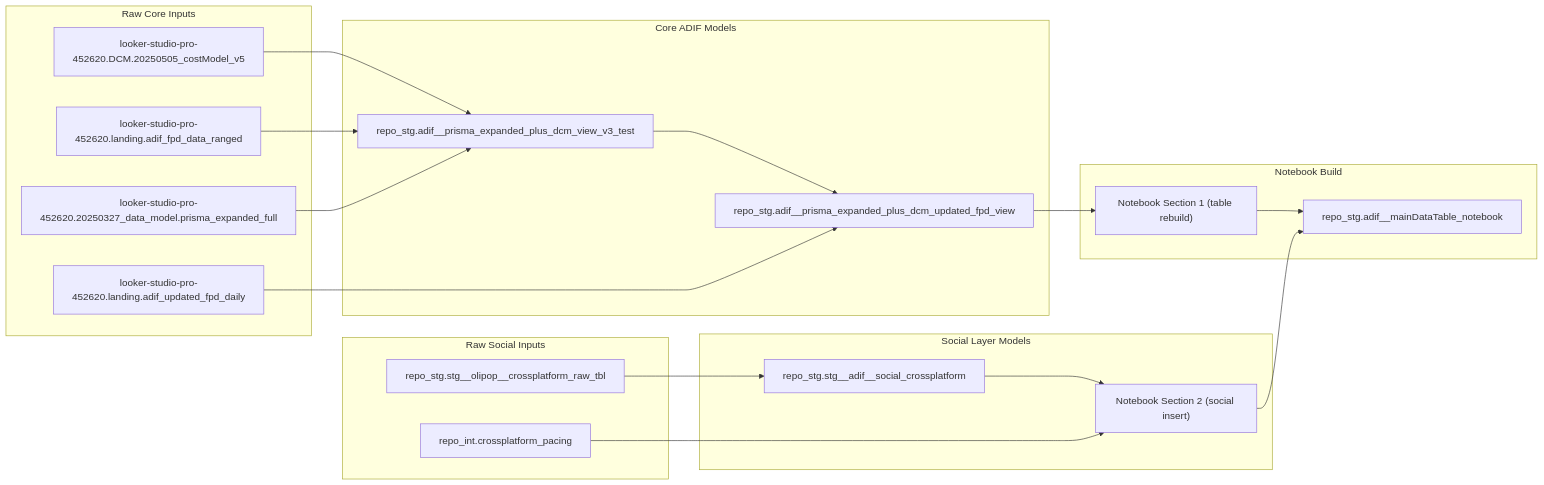
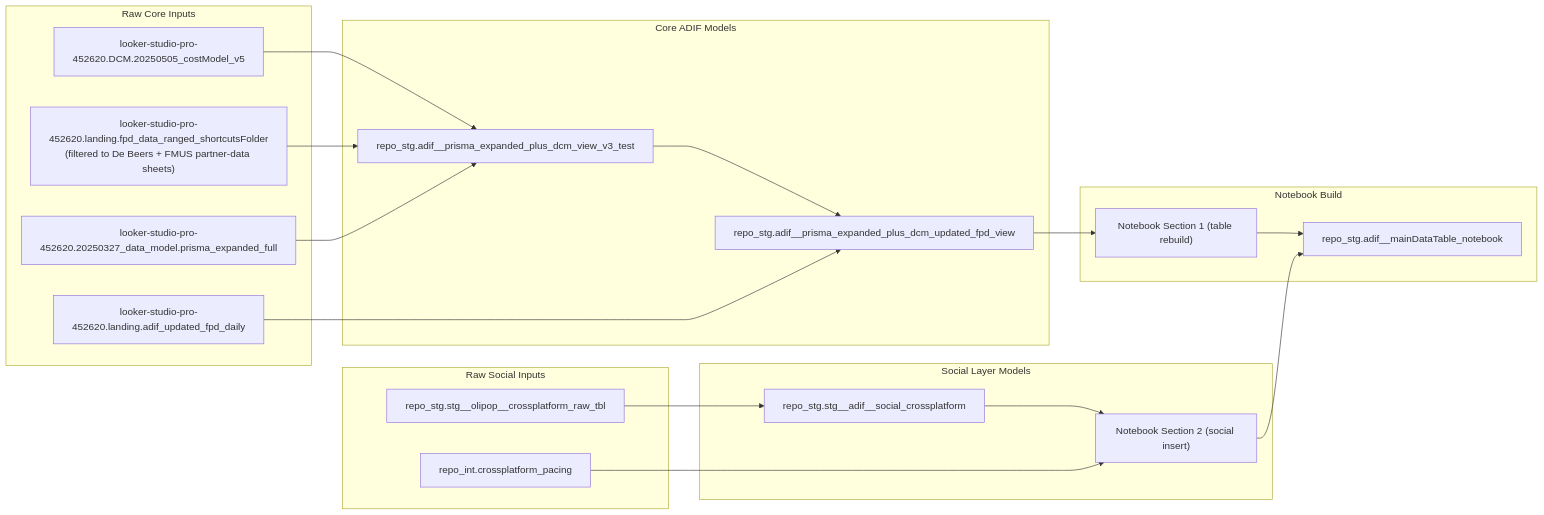
One commit to genetsen/looker_personal changed the diagram in adif/README.md. Above: the diagram before and after it, drawn with Mermaid. The commit also changed other lines of this file and 4 other files, not shown here.

First line of the commit message:
ADIF: switch original FPD to filtered shortcuts source

````diff
--- a/adif/README.md
+++ b/adif/README.md
@@ -95,43 +95,43 @@
 ```mermaid
 flowchart LR
   subgraph raw_core["Raw Core Inputs"]
     dcm["looker-studio-pro-452620.DCM.20250505_costModel_v5"]
-    fpd_orig["looker-studio-pro-452620.landing.adif_fpd_data_ranged"]
+    fpd_orig["looker-studio-pro-452620.landing.fpd_data_ranged_shortcutsFolder\n(filtered to De Beers + FMUS partner-data sheets)"]
     prisma["looker-studio-pro-452620.20250327_data_model.prisma_expanded_full"]
     fpd_upd["looker-studio-pro-452620.landing.adif_updated_fpd_daily"]
   end
 
   subgraph core_models["Core ADIF Models"]
     core_base["repo_stg.adif__prisma_expanded_plus_dcm_view_v3_test"]
     core_upd["repo_stg.adif__prisma_expanded_plus_dcm_updated_fpd_view"]
   end
 
   dcm --> core_base
   fpd_orig --> core_base
   prisma --> core_base
   core_base --> core_upd
   fpd_upd --> core_upd
 
   subgraph raw_social["Raw Social Inputs"]
     social_raw["repo_stg.stg__olipop__crossplatform_raw_tbl"]
     pacing["repo_int.crossplatform_pacing"]
   end
 
   subgraph social_models["Social Layer Models"]
     social_stg["repo_stg.stg__adif__social_crossplatform"]
     social_nb_s2["Notebook Section 2 (social insert)"]
   end
 
   subgraph notebook["Notebook Build"]
     social_nb_s1["Notebook Section 1 (table rebuild)"]
     target_tbl["repo_stg.adif__mainDataTable_notebook"]
   end
 
   social_raw --> social_stg
   social_stg --> social_nb_s2
   pacing --> social_nb_s2
   core_upd --> social_nb_s1
 
   social_nb_s1 --> target_tbl
   social_nb_s2 --> target_tbl
 ```
````
